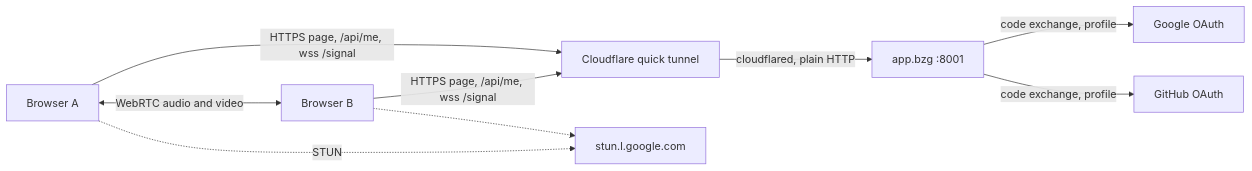
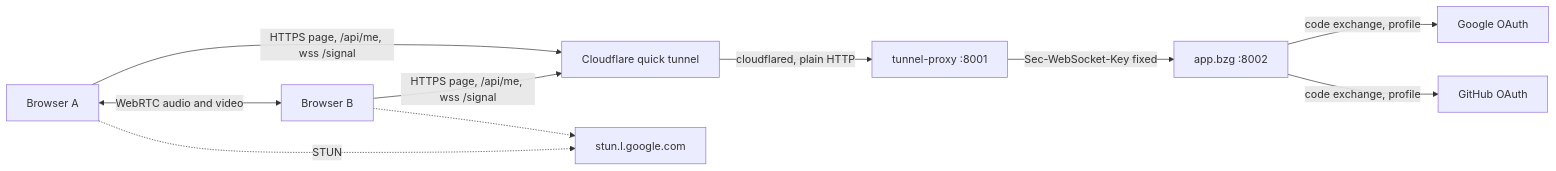
One commit to Jevoel16/ITE183_Lab3_Google-OAuth-and-WebRTC--videocall- changed the diagram in README.md. Above: the diagram before and after it, drawn with Mermaid. The commit also changed other lines of this file and 3 other files, not shown here.

First line of the commit message:
docs: add the tunnel proxy to setup, architecture and troubleshooting

````diff
--- a/README.md
+++ b/README.md
@@ -167,11 +167,12 @@
 ```mermaid
 flowchart LR
   A[Browser A] -->|HTTPS page, /api/me, wss /signal| CF[Cloudflare quick tunnel]
   B[Browser B] -->|HTTPS page, /api/me, wss /signal| CF
-  CF -->|cloudflared, plain HTTP| APP[app.bzg :8001]
+  CF -->|cloudflared, plain HTTP| PX[tunnel-proxy :8001]
+  PX -->|Sec-WebSocket-Key fixed| APP[app.bzg :8002]
   APP -->|code exchange, profile| G[Google OAuth]
   APP -->|code exchange, profile| GH[GitHub OAuth]
   A <-->|WebRTC audio and video| B
   A -.->|STUN| S[stun.l.google.com]
   B -.-> S
 ```
````
